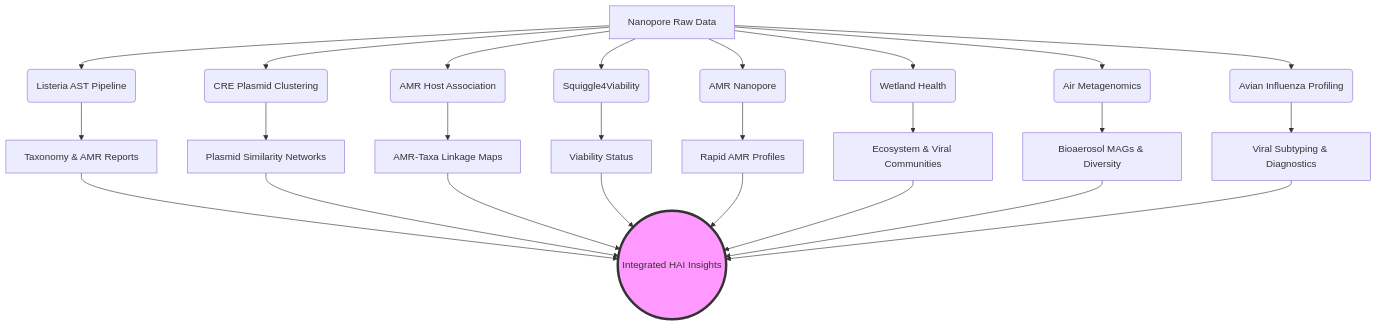
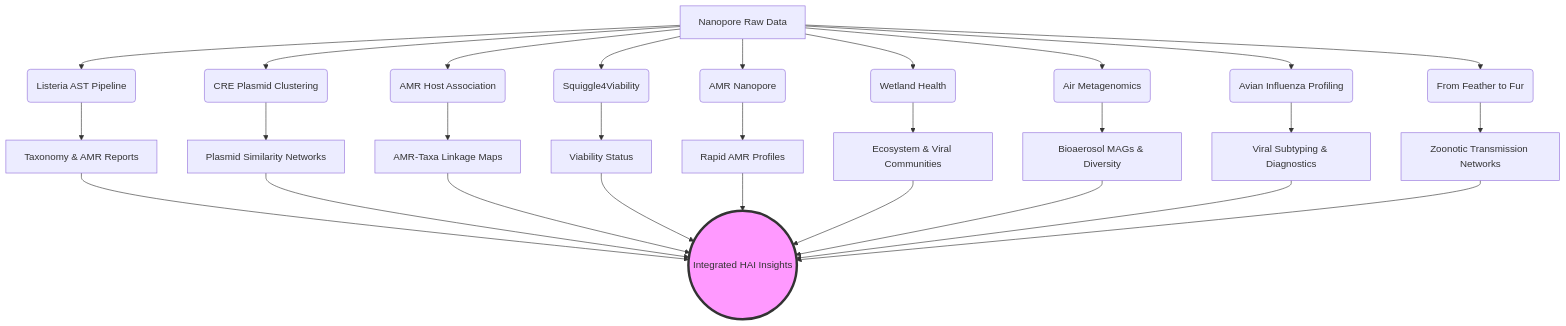
Before and after one commit to ttmgr/GenomicsForOneHealth: the diagram in README.md, drawn with Mermaid. The commit also changed other lines of this file and 7 other files, not shown here.

Commit message:
feat: integrate From_feather_to_fur pipeline

````diff
--- a/README.md
+++ b/README.md
@@ -120,31 +129,34 @@
 ```mermaid
 graph TD
     A[Nanopore Raw Data] --> B(Listeria AST Pipeline)
     A --> C(CRE Plasmid Clustering)
     A --> D(AMR Host Association)
     A --> I(Squiggle4Viability)
     A --> J(AMR Nanopore)
     A --> M(Wetland Health)
     A --> N(Air Metagenomics)
     A --> Q(Avian Influenza Profiling)
+    A --> S(From Feather to Fur)
     
     B --> E[Taxonomy & AMR Reports]
     C --> F[Plasmid Similarity Networks]
     D --> G[AMR-Taxa Linkage Maps]
     I --> K[Viability Status]
     J --> L[Rapid AMR Profiles]
     M --> O[Ecosystem & Viral Communities]
     N --> P[Bioaerosol MAGs & Diversity]
     Q --> R[Viral Subtyping & Diagnostics]
+    S --> T[Zoonotic Transmission Networks]
     
     E --> H((Integrated HAI Insights))
     F --> H
     G --> H
     K --> H
     L --> H
     O --> H
     P --> H
     R --> H
+    T --> H
     
     style H fill:#f9f,stroke:#333,stroke-width:4px
 ```
````
